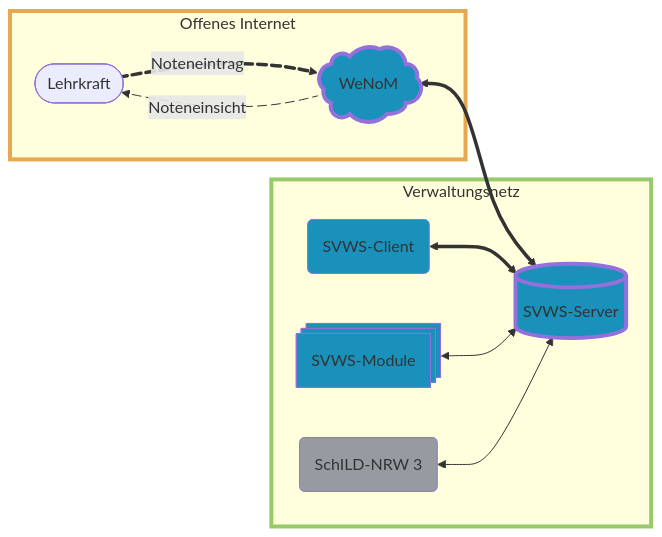
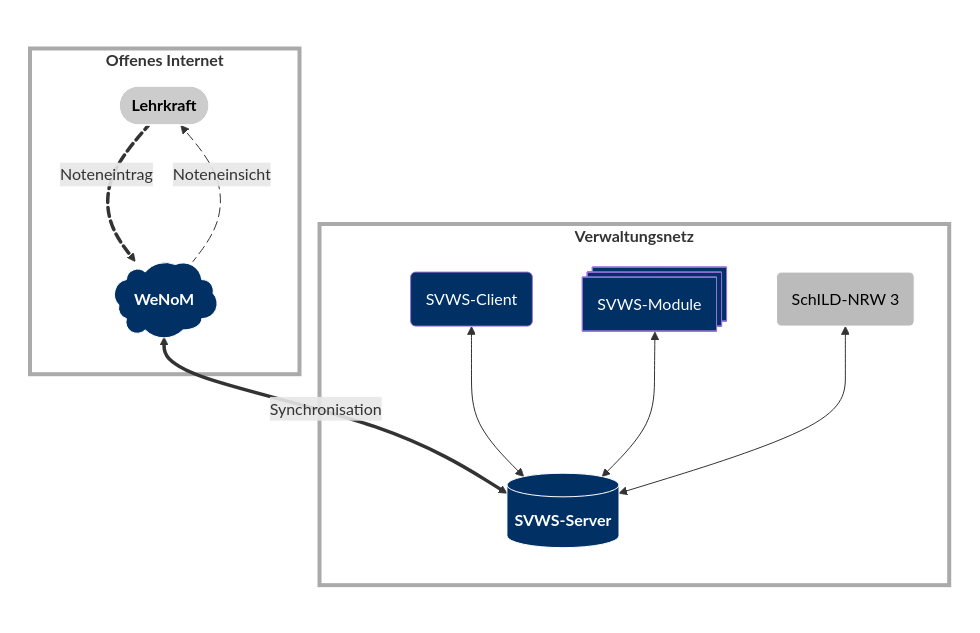
One commit to SVWS-NRW/SVWS-Dokumentation changed the diagram in svws-wenom/installation/installation.md. Above: the diagram before and after it, drawn with Mermaid. The commit also changed other lines of this file and 18 other files, not shown here.

````diff
--- a/svws-wenom/installation/installation.md
+++ b/svws-wenom/installation/installation.md
@@ -9,29 +9,34 @@
 ```mermaid
 flowchart LR
-    subgraph SubOI [Offenes Internet]
-        A(Lehrkraft) a1@==Noteneintrag==> B[(WeNoM)]
-            style B fill:#1A91BA,stroke-width:4px
+
+subgraph SubA [" "]
+
+    subgraph SubOI ["`**Offenes Internet**`"]
+        A("`**Lehrkraft**`") a1@==Noteneintrag==> B[("`**WeNoM**`")]
+            style A fill:#cccccc, color:#000000, stroke:#ffffff
             a1@{ animate: true }
             A@{ shape: stadium }
         B b1@-.Noteneinsicht.-> A
             b1@{ animate: true }
             B@{ shape: cloud }
-    
+            style B fill:#003064,color:#ffffff,stroke:#ffffff
     end
+    style SubOI stroke:#aaaaaa,stroke-width:4px, fill:none
 
-    style SubOI stroke:#E8A84F,stroke-width:4px
-
-    subgraph SubV [Verwaltungsnetz]
-        B <==> C[(SVWS-Server)]
-            style C fill:#1A91BA,stroke-width:4px
-        D(SVWS-Client) <==> C
-            style D fill:#1A91BA
+    subgraph SubV ["`**Verwaltungsnetz**`"]
+        B c1@<==Synchronisation==> C[("`**SVWS-Server**`")]
+            style C fill:#003064,color:#ffffff,stroke:#ffffff
+        D(SVWS-Client) <--> C
+            style D fill:#003064,color:#ffffff 
         F(SVWS-Module) <--> C
             F@{ shape: processes }
-            style F fill:#1A91BA
+            style F fill:#003064,color:#ffffff 
         E(SchILD-NRW 3) e1@<--> C
-            style E fill:#959BA1
+            style E fill:#bbbbbb, color:#000000,stroke:#ffffff 
     end
+    style SubV stroke:#aaaaaa,stroke-width:4px,fill:none
 
-    style SubV stroke:#98C96B,stroke-width:4px
+end
+style SubA stroke:none,stroke-width:4px,fill:none
+
 ```
````
